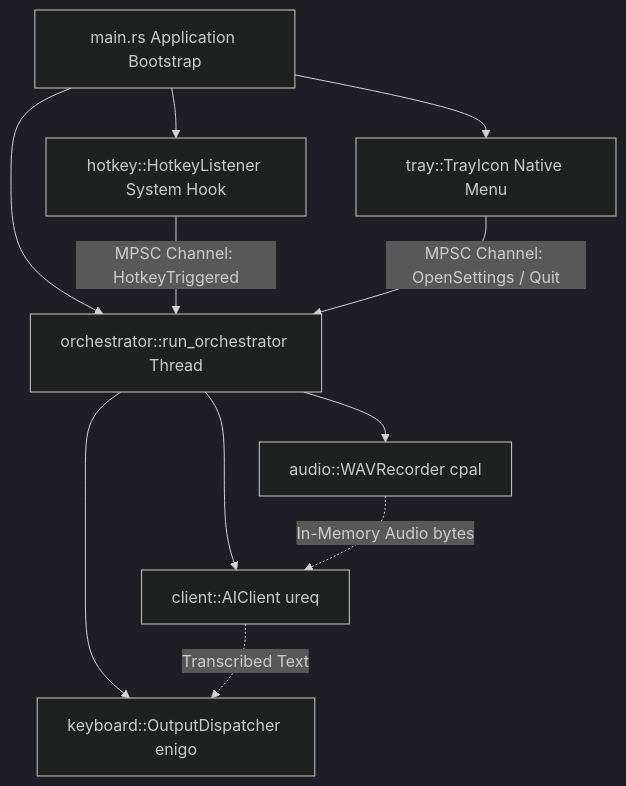
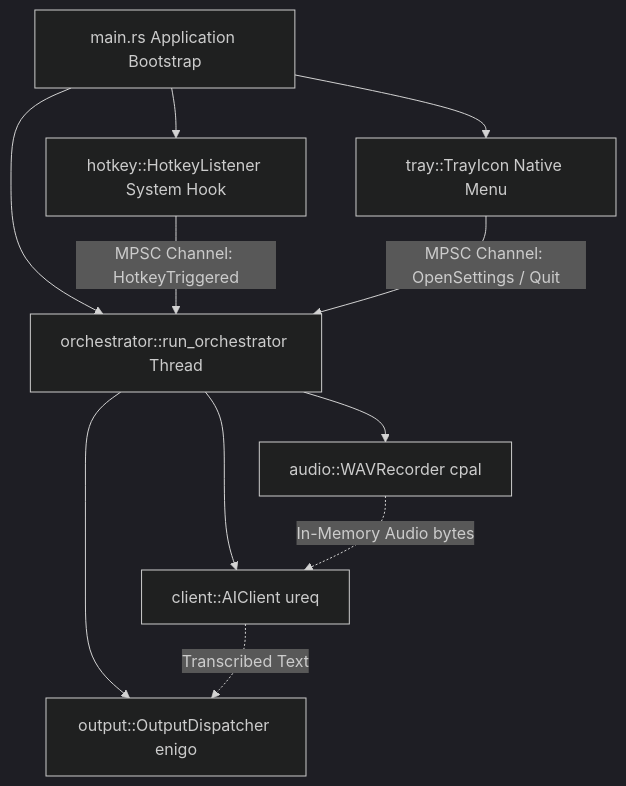
One commit to PaygamovT/transcriber-rust changed the diagram in docs/architecture.md. Above: the diagram before and after it, drawn with Mermaid (dark theme). The commit also changed other lines of this file and 12 other files, not shown here.

````diff
--- a/docs/architecture.md
+++ b/docs/architecture.md
@@ -15,16 +15,16 @@
 ```mermaid
 graph TD
     A[main.rs Application Bootstrap] --> B[orchestrator::run_orchestrator Thread]
     A --> C[tray::TrayIcon Native Menu]
     A --> D[hotkey::HotkeyListener System Hook]
     
     D -- MPSC Channel: HotkeyTriggered --> B
     C -- MPSC Channel: OpenSettings / Quit --> B
     
     B --> E[audio::WAVRecorder cpal]
     B --> F[client::AIClient ureq]
-    B --> G[keyboard::OutputDispatcher enigo]
+    B --> G[output::OutputDispatcher enigo]
     
     E -. In-Memory Audio bytes .-> F
     F -. Transcribed Text .-> G
 ```
````
